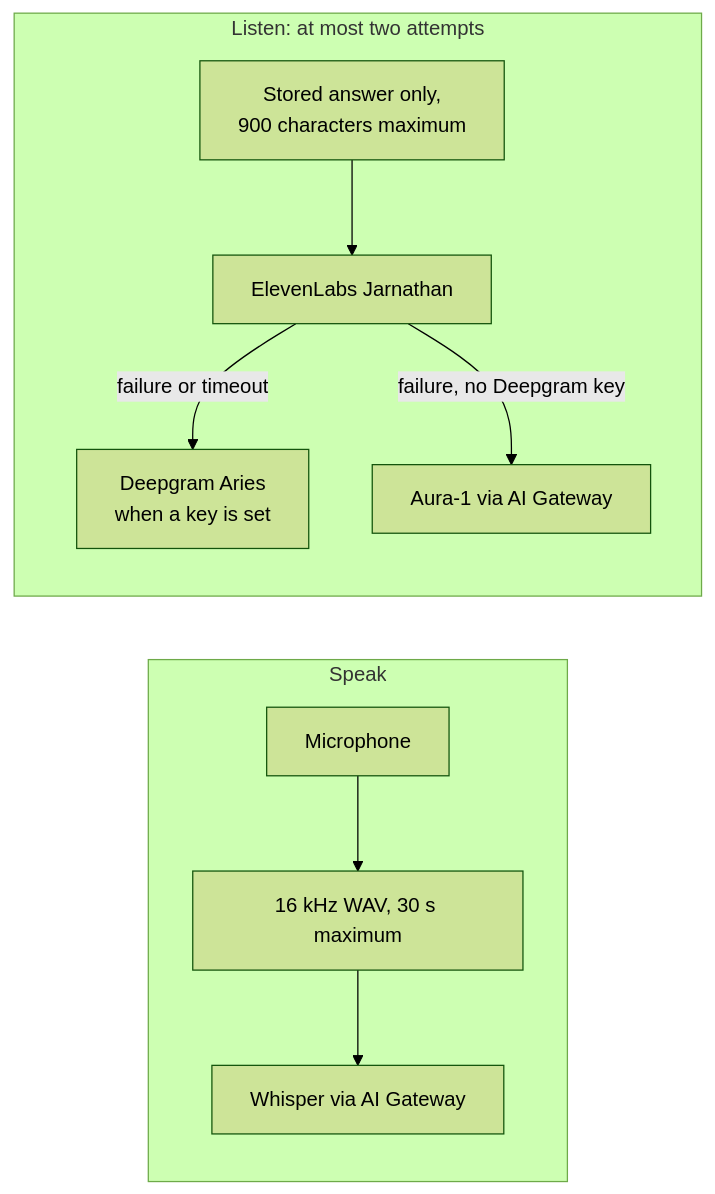
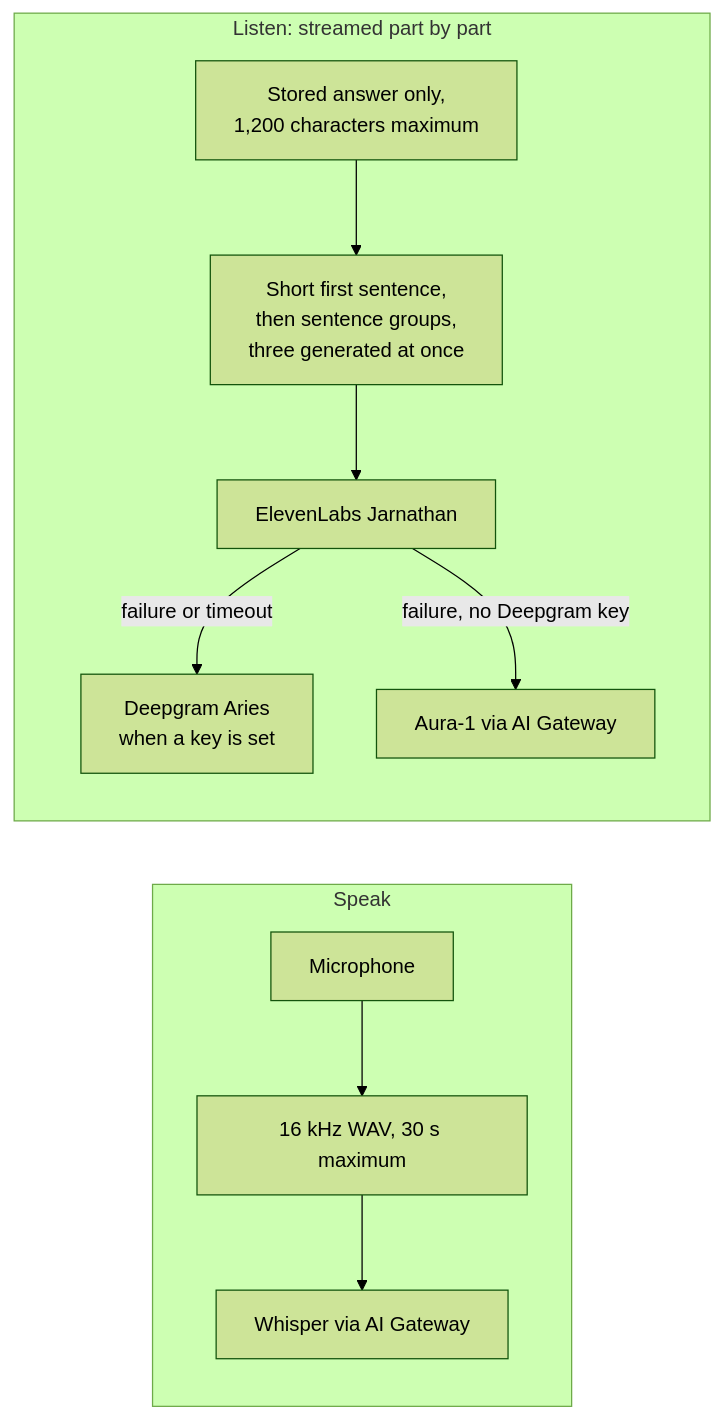
One commit to bartrumb/cf_ai_ask_brett changed the fourth of 5 diagrams in README.md. Above: the diagram before and after it, drawn with Mermaid (forest theme). The commit also changed other lines of this file and 12 other files, not shown here.

First line of the commit message:
Stream Listen audio sentence by sentence

````diff
--- a/README.md
+++ b/README.md
@@ -137,11 +137,12 @@
 ```mermaid
 flowchart LR
   subgraph IN["Speak"]
     MIC["Microphone"] --> WAV["16 kHz WAV, 30 s maximum"] --> WH["Whisper via AI Gateway"]
   end
-  subgraph OUT["Listen: at most two attempts"]
-    TXT["Stored answer only,<br/>900 characters maximum"] --> E["ElevenLabs Jarnathan"]
+  subgraph OUT["Listen: streamed part by part"]
+    TXT["Stored answer only,<br/>1,200 characters maximum"] --> SPLIT["Short first sentence,<br/>then sentence groups,<br/>three generated at once"]
+    SPLIT --> E["ElevenLabs Jarnathan"]
     E -->|"failure or timeout"| D["Deepgram Aries<br/>when a key is set"]
     E -->|"failure, no Deepgram key"| AU["Aura-1 via AI Gateway"]
   end
 ```
````
